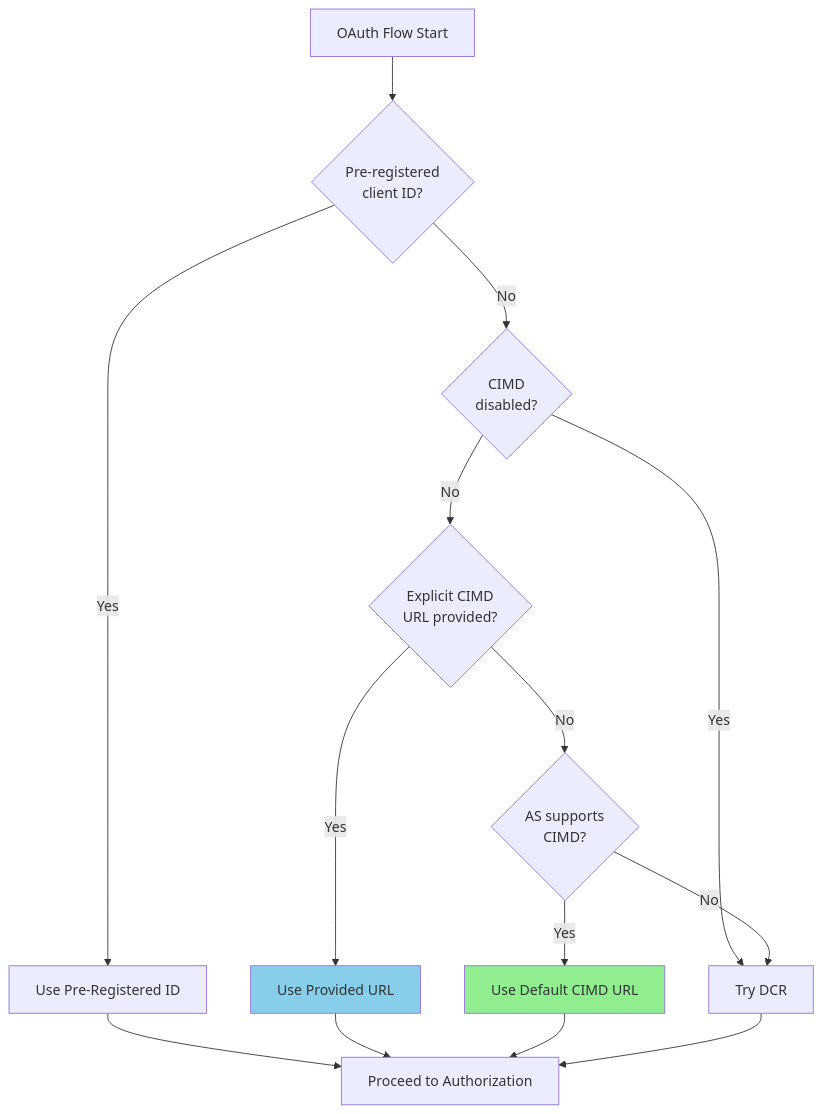
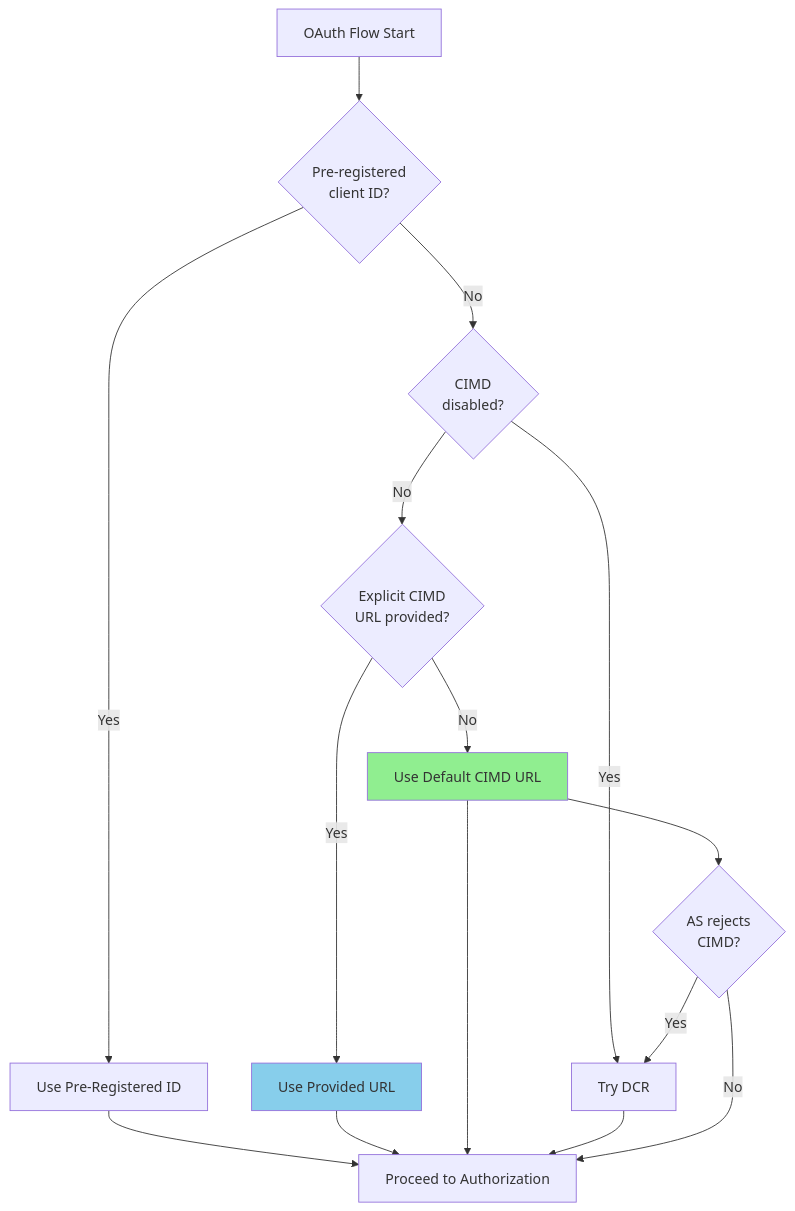
The second of 2 diagrams in docs/oauth/client-registration.md (giantswarm/mcp-debug), drawn with Mermaid before and after one commit. The commit also changed other lines of this file and 3 other files, not shown here.

````diff
--- a/docs/oauth/client-registration.md
+++ b/docs/oauth/client-registration.md
@@ -173,20 +173,22 @@
 ```mermaid
 graph TD
     A[OAuth Flow Start] --> B{Pre-registered<br/>client ID?}
     B -->|Yes| C[Use Pre-Registered ID]
     B -->|No| D{CIMD<br/>disabled?}
     D -->|Yes| E[Try DCR]
     D -->|No| F{Explicit CIMD<br/>URL provided?}
     F -->|Yes| G[Use Provided URL]
-    F -->|No| H{AS supports<br/>CIMD?}
-    H -->|Yes| I[Use Default CIMD URL]
-    H -->|No| E
+    F -->|No| H[Use Default CIMD URL]
     
-    C --> J[Proceed to Authorization]
-    G --> J
-    I --> J
-    E --> J
+    C --> I[Proceed to Authorization]
+    G --> I
+    H --> I
+    E --> I
     
-    style I fill:#90EE90
+    H --> J{AS rejects<br/>CIMD?}
+    J -->|Yes| E
+    J -->|No| I
+    
+    style H fill:#90EE90
     style G fill:#87CEEB
 ```
````
